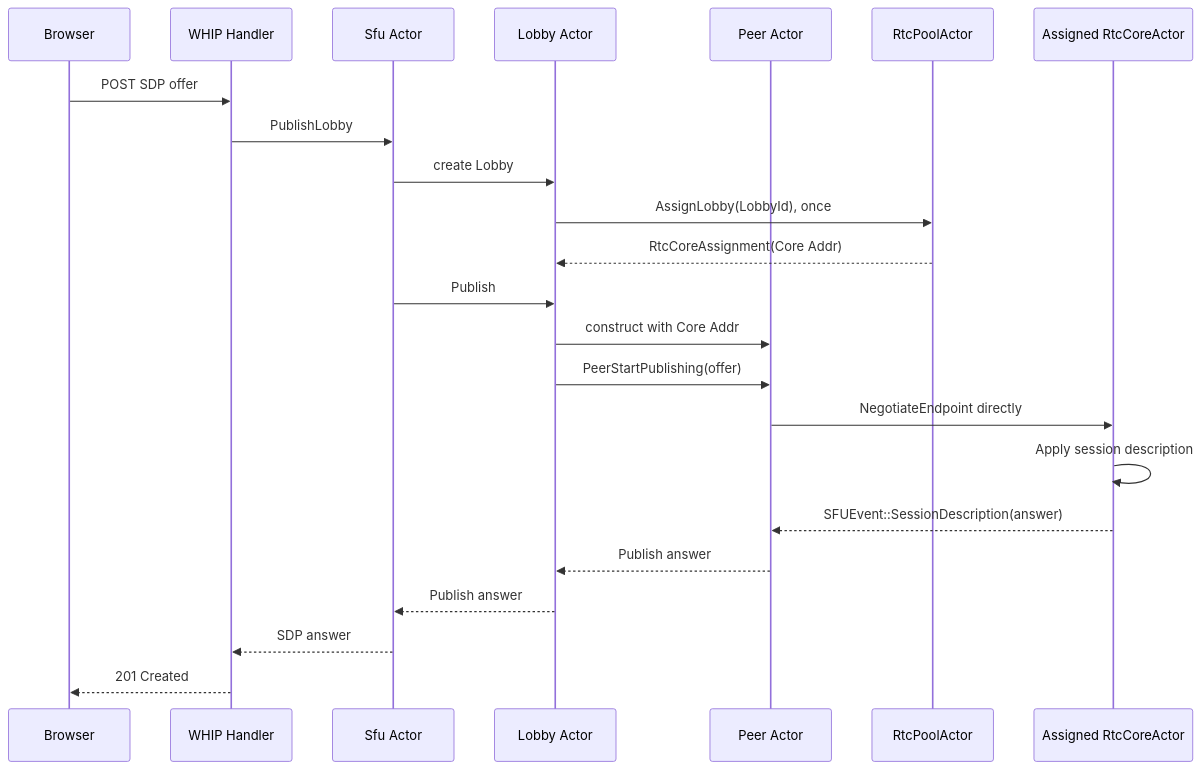
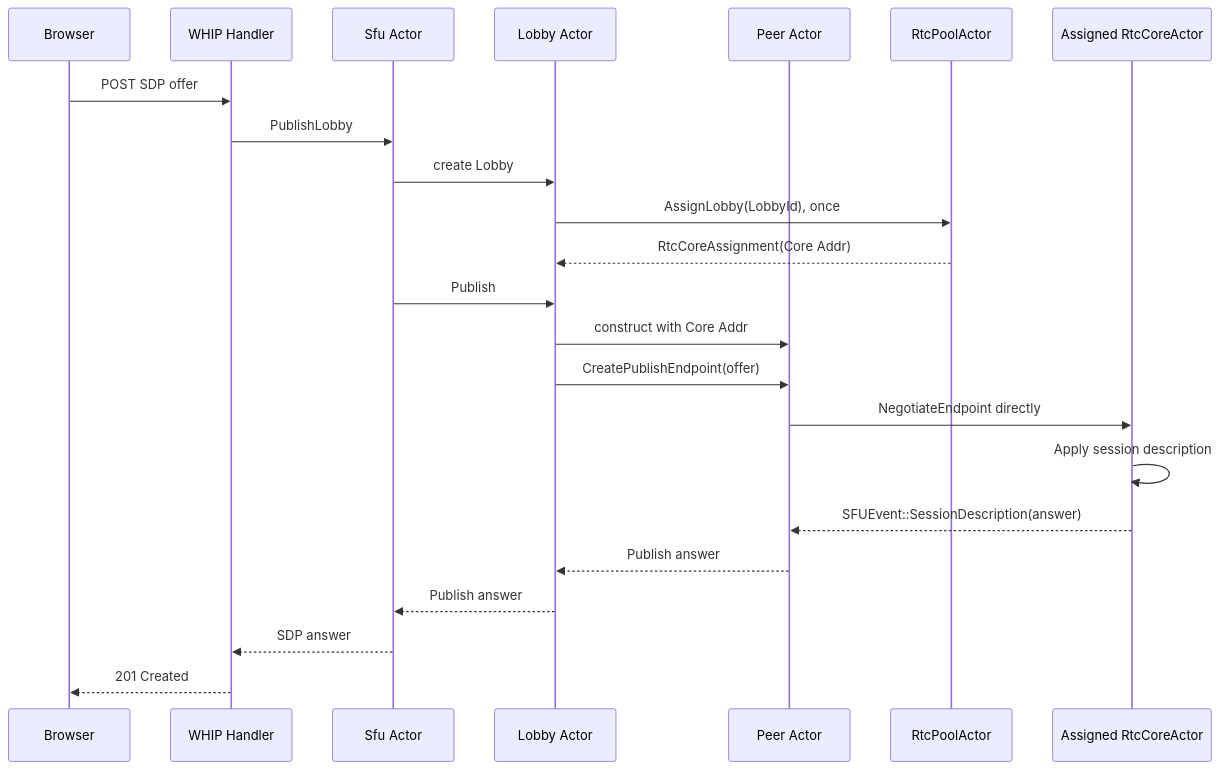
One commit to shigde/shig changed the second of 2 diagrams in doc/architecture/sfu/rtc.md. Above: the diagram before and after it, drawn with Mermaid. The commit also changed other lines of this file and 8 other files, not shown here.

````diff
--- a/doc/architecture/sfu/rtc.md
+++ b/doc/architecture/sfu/rtc.md
@@ -85,26 +85,26 @@
 ```mermaid
 sequenceDiagram
     participant B as Browser
     participant H as WHIP Handler
     participant S as Sfu Actor
     participant L as Lobby Actor
     participant P as Peer Actor
     participant RP as RtcPoolActor
     participant RS as Assigned RtcCoreActor
 
     B->>H: POST SDP offer
     H->>S: PublishLobby
     S->>L: create Lobby
     L->>RP: AssignLobby(LobbyId), once
     RP-->>L: RtcCoreAssignment(Core Addr)
     S->>L: Publish
     L->>P: construct with Core Addr
-    L->>P: PeerStartPublishing(offer)
+    L->>P: CreatePublishEndpoint(offer)
     P->>RS: NegotiateEndpoint directly
     RS->>RS: Apply session description
     RS-->>P: SFUEvent::SessionDescription(answer)
     P-->>L: Publish answer
     L-->>S: Publish answer
     S-->>H: SDP answer
     H-->>B: 201 Created
 ```
````
